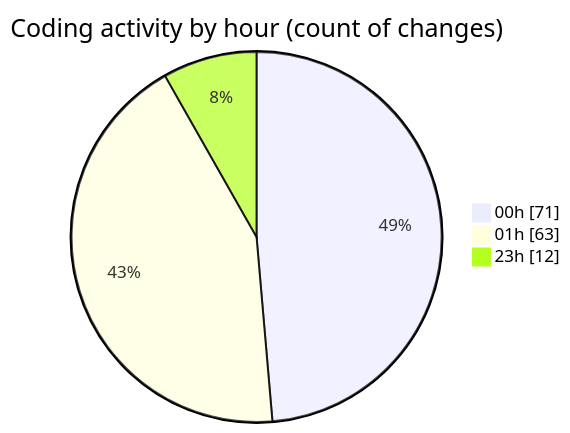
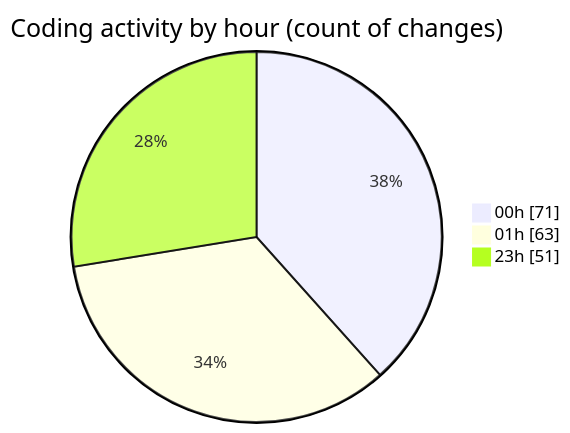
One commit to Ritupan-Deka/code-tracking changed the second of 2 diagrams in 2025-07-17/mern-workoutboard/README.md. Above: the diagram before and after it, drawn with Mermaid. The commit also changed other lines of this file and 1 other file, not shown here.

````diff
--- a/2025-07-17/mern-workoutboard/README.md
+++ b/2025-07-17/mern-workoutboard/README.md
@@ -29,7 +31,7 @@
 ```mermaid
 pie showData
 title Coding activity by hour (count of changes)
 "00h" : 71
 "01h" : 63
-"23h" : 12
+"23h" : 51
 ```
````
